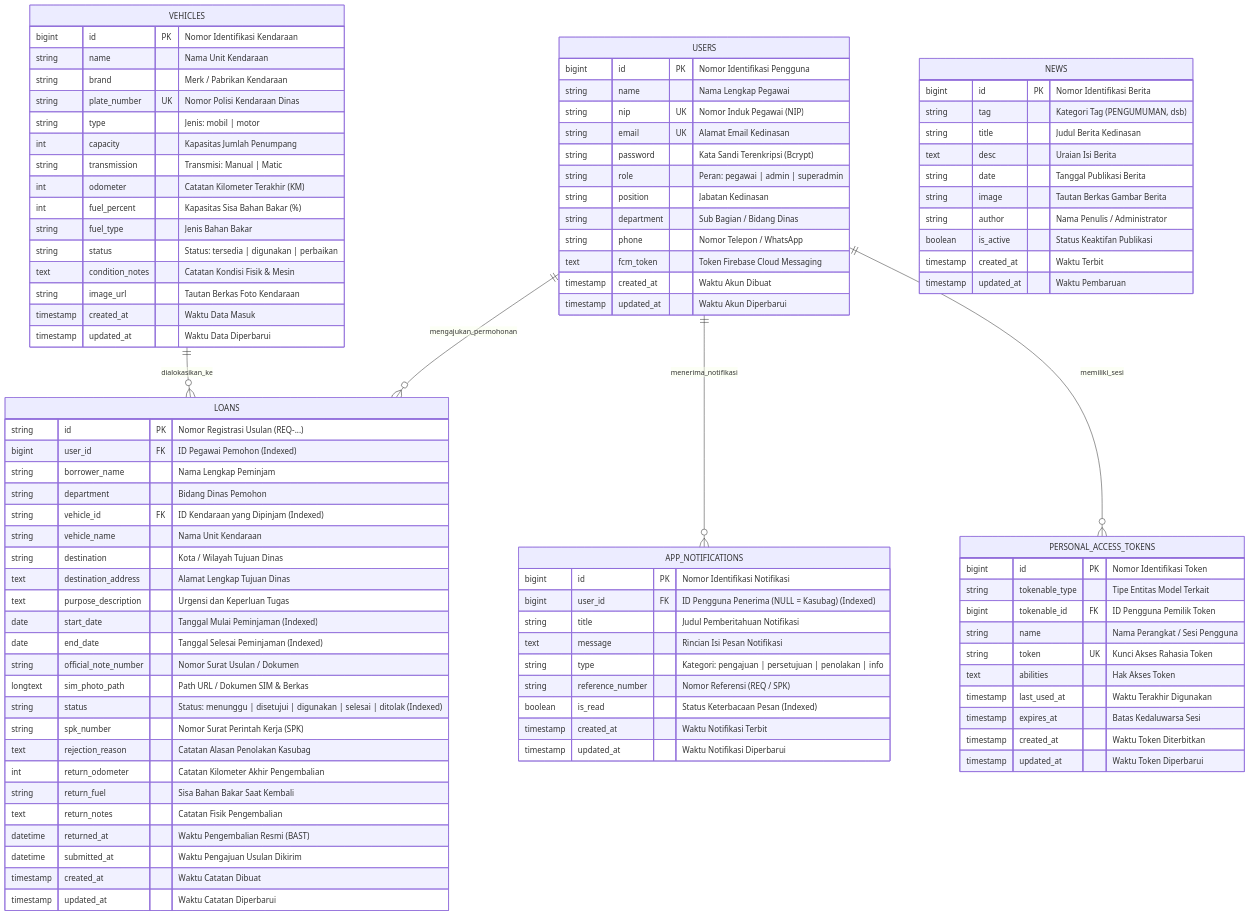
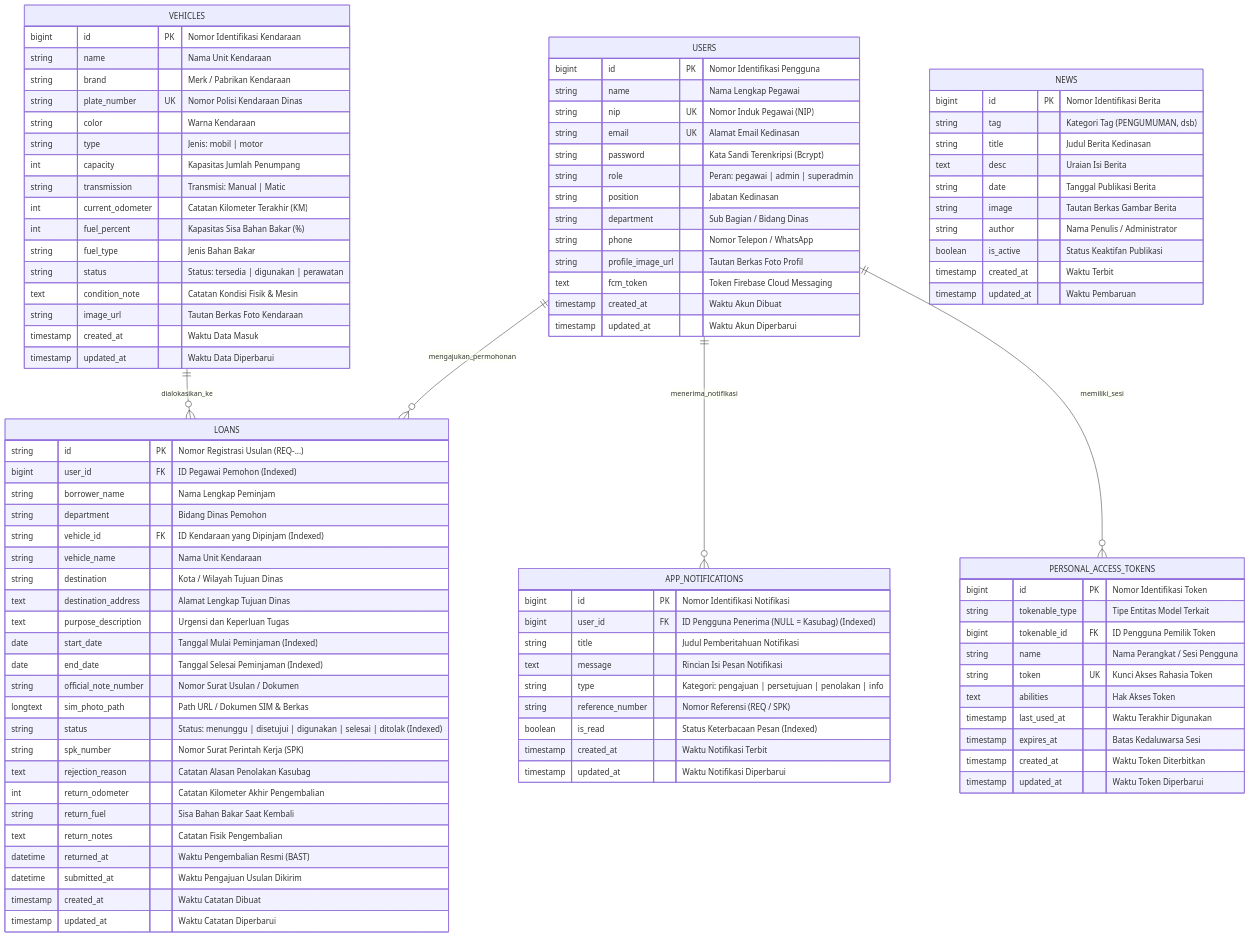
Before and after one commit to ahdewa/Sip-k: the ninth of 9 diagrams in README.md, drawn with Mermaid.

Commit message:
docs: sinkronkan atribut kolom USERS dan VEHICLES pada ERD dengan migrasi MySQL

```diff
--- a/README.md
+++ b/README.md
@@ -708,6 +708,7 @@
         string position "Jabatan Kedinasan"
         string department "Sub Bagian / Bidang Dinas"
         string phone "Nomor Telepon / WhatsApp"
+        string profile_image_url "Tautan Berkas Foto Profil"
         text fcm_token "Token Firebase Cloud Messaging"
         timestamp created_at "Waktu Akun Dibuat"
         timestamp updated_at "Waktu Akun Diperbarui"
@@ -718,14 +719,15 @@
         string name "Nama Unit Kendaraan"
         string brand "Merk / Pabrikan Kendaraan"
         string plate_number UK "Nomor Polisi Kendaraan Dinas"
+        string color "Warna Kendaraan"
         string type "Jenis: mobil | motor"
         int capacity "Kapasitas Jumlah Penumpang"
         string transmission "Transmisi: Manual | Matic"
-        int odometer "Catatan Kilometer Terakhir (KM)"
+        int current_odometer "Catatan Kilometer Terakhir (KM)"
         int fuel_percent "Kapasitas Sisa Bahan Bakar (%)"
         string fuel_type "Jenis Bahan Bakar"
-        string status "Status: tersedia | digunakan | perbaikan"
-        text condition_notes "Catatan Kondisi Fisik & Mesin"
+        string status "Status: tersedia | digunakan | perawatan"
+        text condition_note "Catatan Kondisi Fisik & Mesin"
         string image_url "Tautan Berkas Foto Kendaraan"
         timestamp created_at "Waktu Data Masuk"
         timestamp updated_at "Waktu Data Diperbarui"
```
